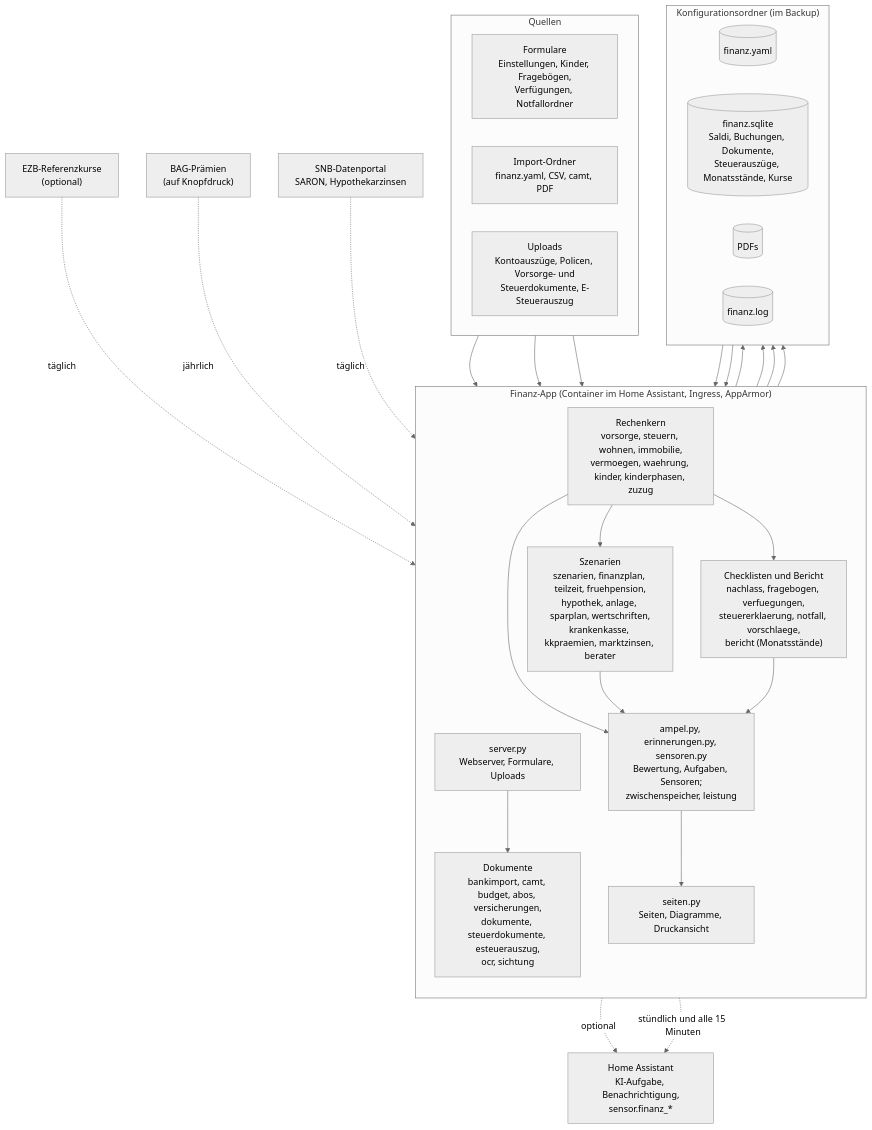
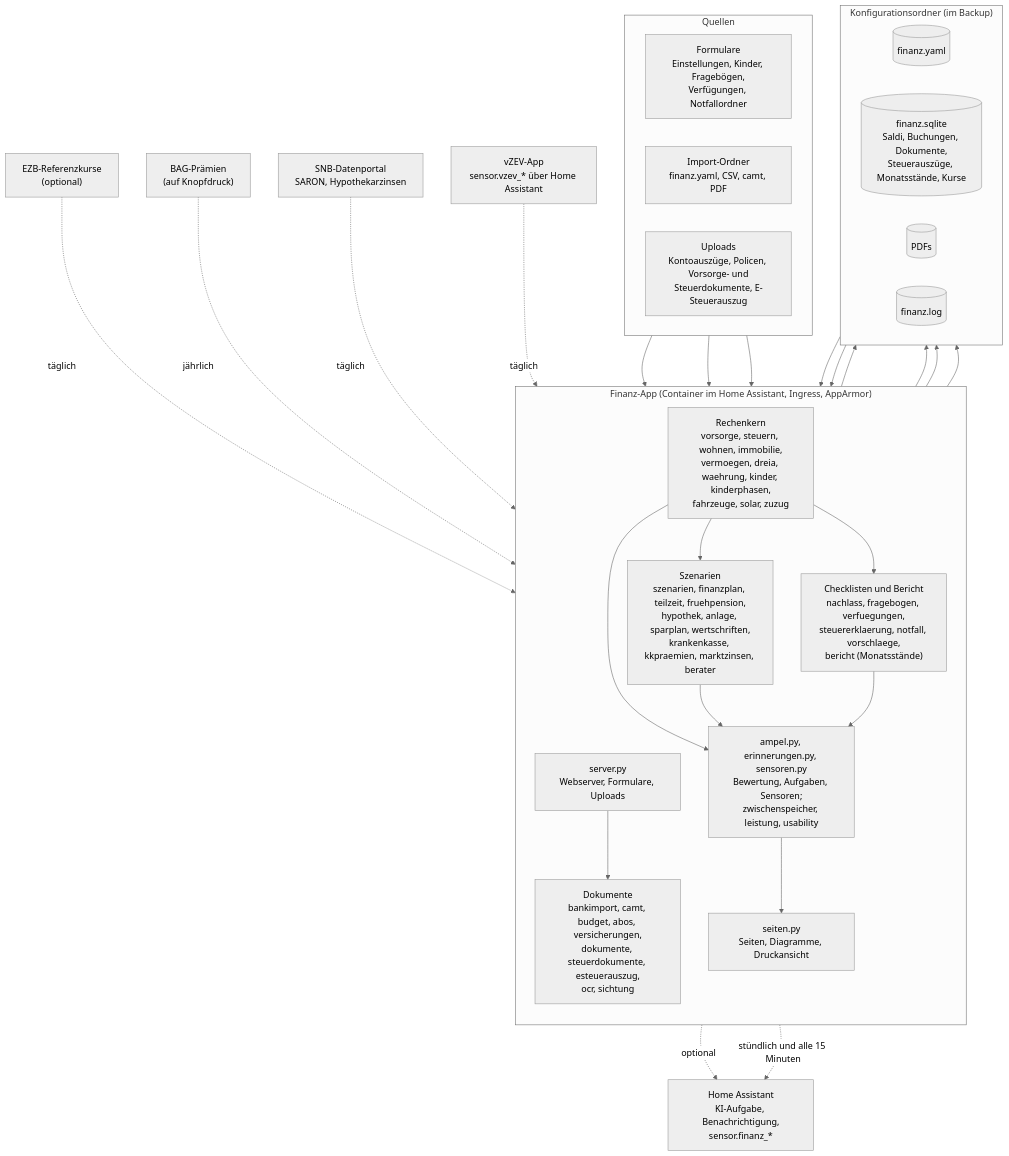
Before and after one commit to khu1985/finanz-ha: the diagram in docs/architektur.mmd, drawn with Mermaid (neutral theme). The commit also changed 10 other files, not shown here.

Commit message:
0.47.1: Ampeln für Sparen, Kinder, Fahrzeuge, Solar; Doku und Diagramme nachgeführt

```diff
--- a/docs/architektur.mmd
+++ b/docs/architektur.mmd
@@ -1,37 +1,38 @@
 flowchart TB
     subgraph Quellen
         direction LR
         F["Formulare<br/>Einstellungen, Kinder, Fragebögen,<br/>Verfügungen, Notfallordner"]
         I["Import-Ordner<br/>finanz.yaml, CSV, camt, PDF"]
         U["Uploads<br/>Kontoauszüge, Policen, Vorsorge- und<br/>Steuerdokumente, E-Steuerauszug"]
     end
     subgraph App["Finanz-App (Container im Home Assistant, Ingress, AppArmor)"]
         direction TB
         S["server.py<br/>Webserver, Formulare, Uploads"]
         D["Dokumente<br/>bankimport, camt, budget, abos, versicherungen,<br/>dokumente, steuerdokumente, esteuerauszug,<br/>ocr, sichtung"]
-        K["Rechenkern<br/>vorsorge, steuern, wohnen, immobilie,<br/>vermoegen, waehrung, kinder, kinderphasen, zuzug"]
+        K["Rechenkern<br/>vorsorge, steuern, wohnen, immobilie,<br/>vermoegen, dreia, waehrung, kinder, kinderphasen,<br/>fahrzeuge, solar, zuzug"]
         Z["Szenarien<br/>szenarien, finanzplan, teilzeit, fruehpension,<br/>hypothek, anlage, sparplan, wertschriften,<br/>krankenkasse, kkpraemien, marktzinsen, berater"]
         C["Checklisten und Bericht<br/>nachlass, fragebogen, verfuegungen,<br/>steuererklaerung, notfall, vorschlaege,<br/>bericht (Monatsstände)"]
-        A["ampel.py, erinnerungen.py, sensoren.py<br/>Bewertung, Aufgaben, Sensoren;<br/>zwischenspeicher, leistung"]
+        A["ampel.py, erinnerungen.py, sensoren.py<br/>Bewertung, Aufgaben, Sensoren;<br/>zwischenspeicher, leistung, usability"]
         SE["seiten.py<br/>Seiten, Diagramme, Druckansicht"]
     end
     subgraph Daten["Konfigurationsordner (im Backup)"]
         direction LR
         Y[("finanz.yaml")]
         DB[("finanz.sqlite<br/>Saldi, Buchungen, Dokumente,<br/>Steuerauszüge, Monatsstände, Kurse")]
         P[("PDFs")]
         L[("finanz.log")]
     end
     HA["Home Assistant<br/>KI-Aufgabe, Benachrichtigung,<br/>sensor.finanz_*"]
     F & I & U --> S
     S --> D --> DB & P
     S --> Y
     Y & DB --> K --> Z
     K --> C
     K & Z & C --> A --> SE
     Z -. optional .-> HA
     EZB["EZB-Referenzkurse<br/>(optional)"] -. täglich .-> K
     BAG["BAG-Prämien<br/>(auf Knopfdruck)"] -. jährlich .-> Z
     SNB["SNB-Datenportal<br/>SARON, Hypothekarzinsen"] -. täglich .-> Z
     A -. stündlich und alle 15 Minuten .-> HA
+    VZ["vZEV-App<br/>sensor.vzev_* über Home Assistant"] -. täglich .-> K
     S --> L
```
